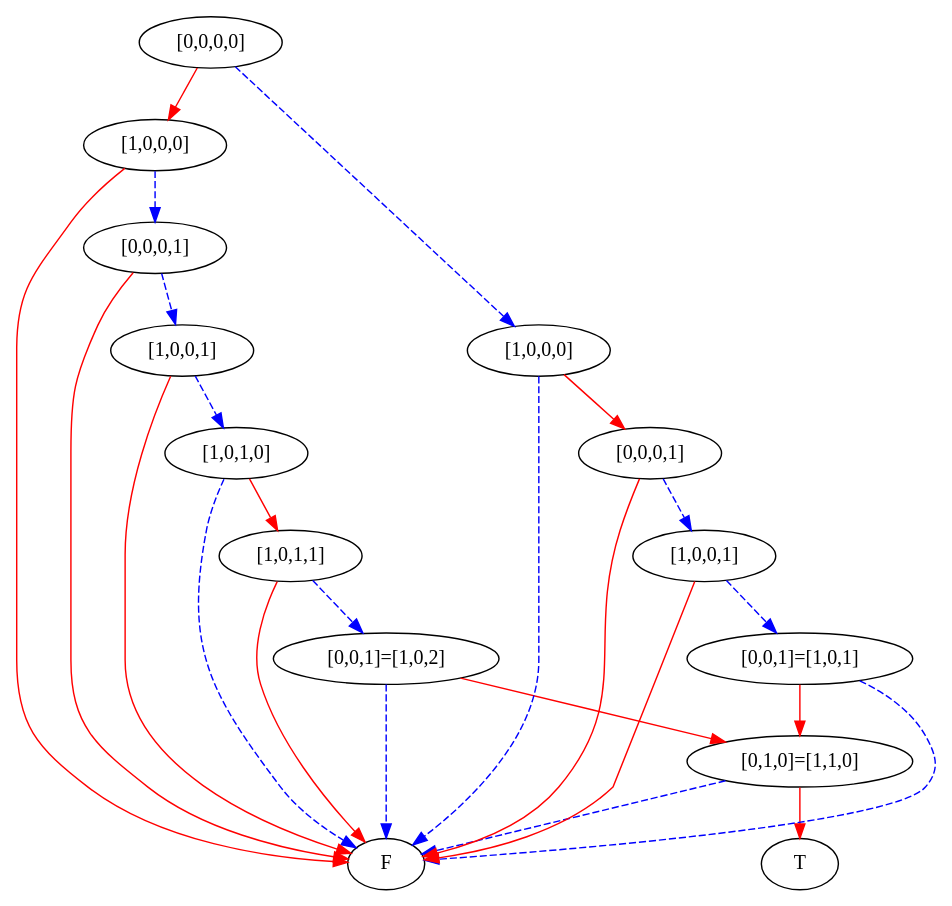
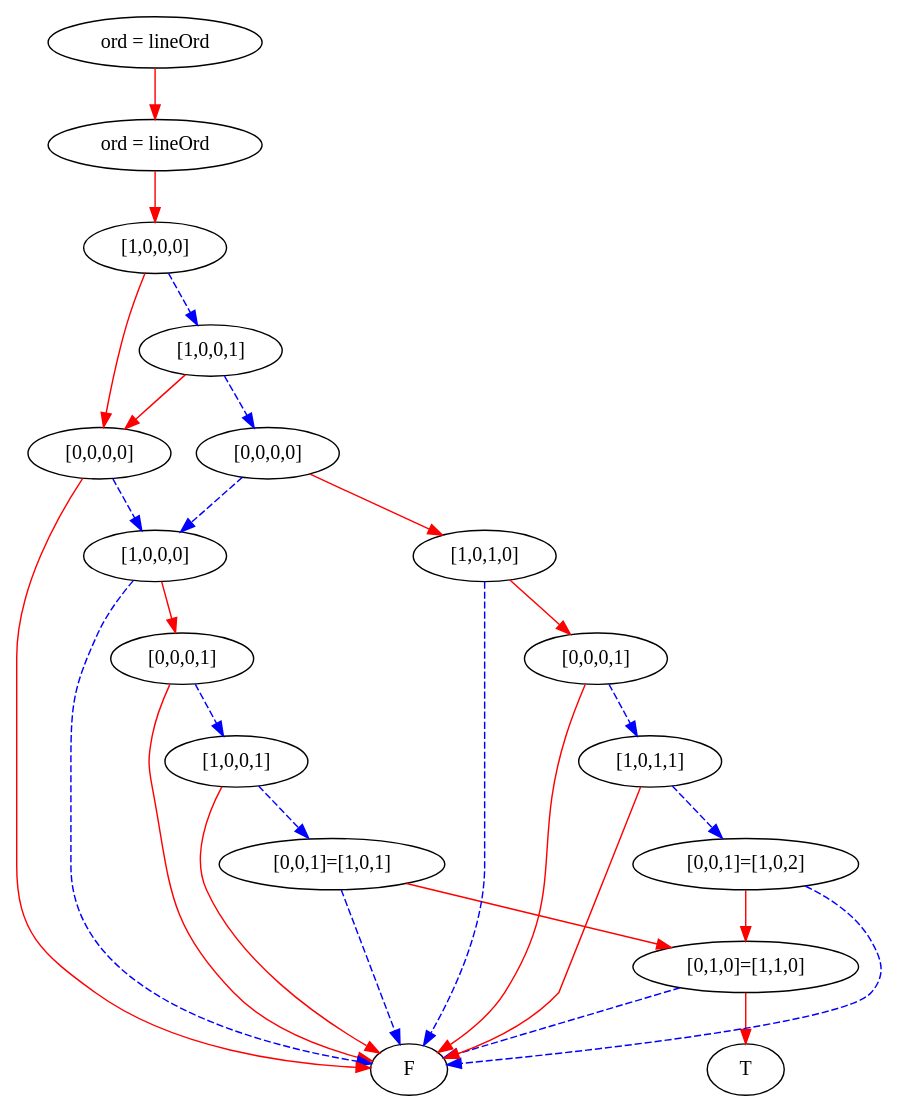
The diagram in simpleProgram2.dot (mburyakov/minxmod), drawn with Graphviz before and after one commit. The commit also changed 8 other files, not shown here.

```diff
--- a/simpleProgram2.dot
+++ b/simpleProgram2.dot
@@ -1,52 +1,60 @@
 digraph {
     1 [label=F];
     2 [label=T];
     3 [label="[0,1,0]=[1,1,0]"];
-    4 [label="[0,0,1]=[1,0,2]"];
-    5 [label="[1,0,1,1]"];
-    6 [label="[1,0,1,0]"];
-    7 [label="[1,0,0,1]"];
-    8 [label="[0,0,0,1]"];
-    9 [label="[1,0,0,0]"];
-    10 [label="[0,0,1]=[1,0,1]"];
-    11 [label="[1,0,0,1]"];
-    12 [label="[0,0,0,1]"];
-    13 [label="[1,0,0,0]"];
-    14 [label="[0,0,0,0]"];
+    4 [label="[0,0,1]=[1,0,1]"];
+    5 [label="[1,0,0,1]"];
+    6 [label="[0,0,0,1]"];
+    7 [label="[1,0,0,0]"];
+    8 [label="[0,0,0,0]"];
+    9 [label="[0,0,1]=[1,0,2]"];
+    10 [label="[1,0,1,1]"];
+    11 [label="[0,0,0,1]"];
+    12 [label="[1,0,1,0]"];
+    13 [label="[0,0,0,0]"];
+    14 [label="[1,0,0,1]"];
+    15 [label="[1,0,0,0]"];
+    16 [label="ord = lineOrd"];
+    17 [label="ord = lineOrd"];
     3 -> 1 [style=dashed
            ,color=blue];
     3 -> 2 [color=red];
     4 -> 3 [color=red];
     4 -> 1 [style=dashed
            ,color=blue];
     5 -> 4 [style=dashed
            ,color=blue];
     5 -> 1 [color=red];
-    6 -> 5 [color=red];
-    6 -> 1 [style=dashed
+    6 -> 5 [style=dashed
            ,color=blue];
-    7 -> 6 [style=dashed
+    6 -> 1 [color=red];
+    7 -> 6 [color=red];
+    7 -> 1 [style=dashed
            ,color=blue];
-    7 -> 1 [color=red];
     8 -> 7 [style=dashed
            ,color=blue];
     8 -> 1 [color=red];
-    9 -> 8 [style=dashed
+    9 -> 3 [color=red];
+    9 -> 1 [style=dashed
            ,color=blue];
-    9 -> 1 [color=red];
-    10 -> 3 [color=red];
-    10 -> 1 [style=dashed
+    10 -> 9 [style=dashed
             ,color=blue];
+    10 -> 1 [color=red];
     11 -> 10 [style=dashed
              ,color=blue];
     11 -> 1 [color=red];
-    12 -> 11 [style=dashed
-             ,color=blue];
-    12 -> 1 [color=red];
+    12 -> 11 [color=red];
+    12 -> 1 [style=dashed
+            ,color=blue];
+    13 -> 7 [style=dashed
+            ,color=blue];
     13 -> 12 [color=red];
-    13 -> 1 [style=dashed
-            ,color=blue];
-    14 -> 9 [color=red];
+    14 -> 8 [color=red];
     14 -> 13 [style=dashed
              ,color=blue];
+    15 -> 8 [color=red];
+    15 -> 14 [style=dashed
+             ,color=blue];
+    16 -> 15 [color=red];
+    17 -> 16 [color=red];
 }
```
